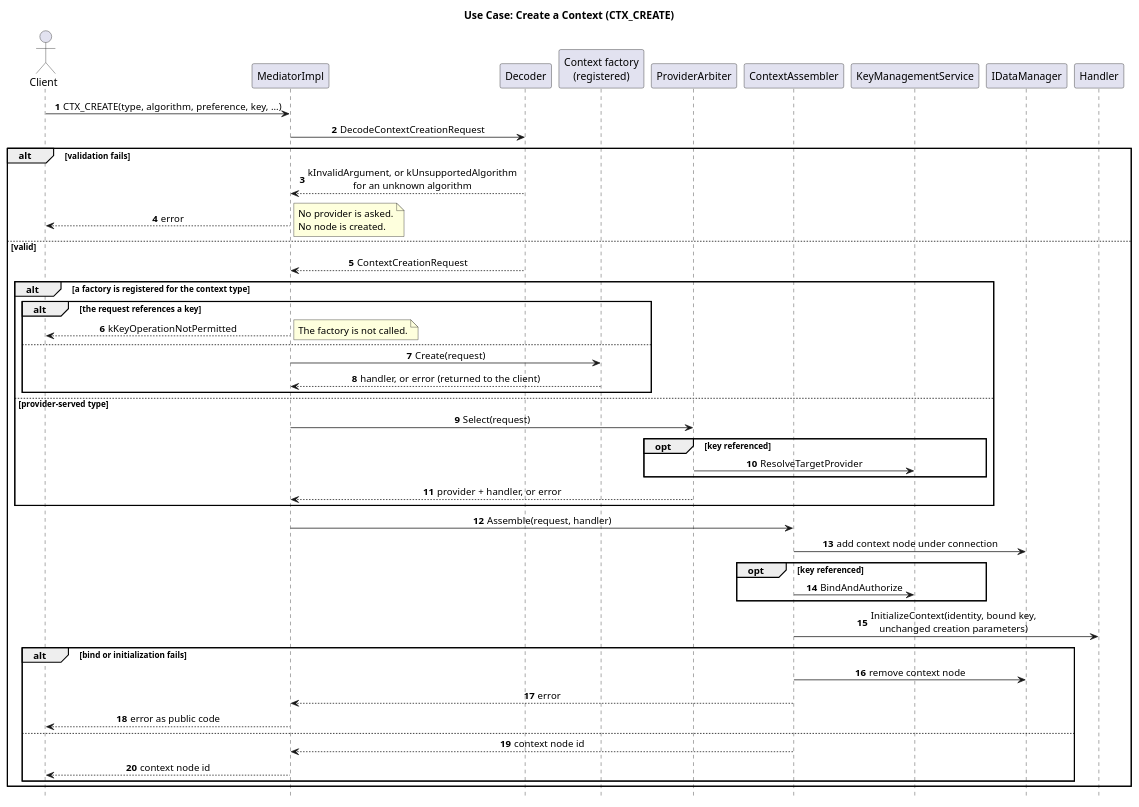
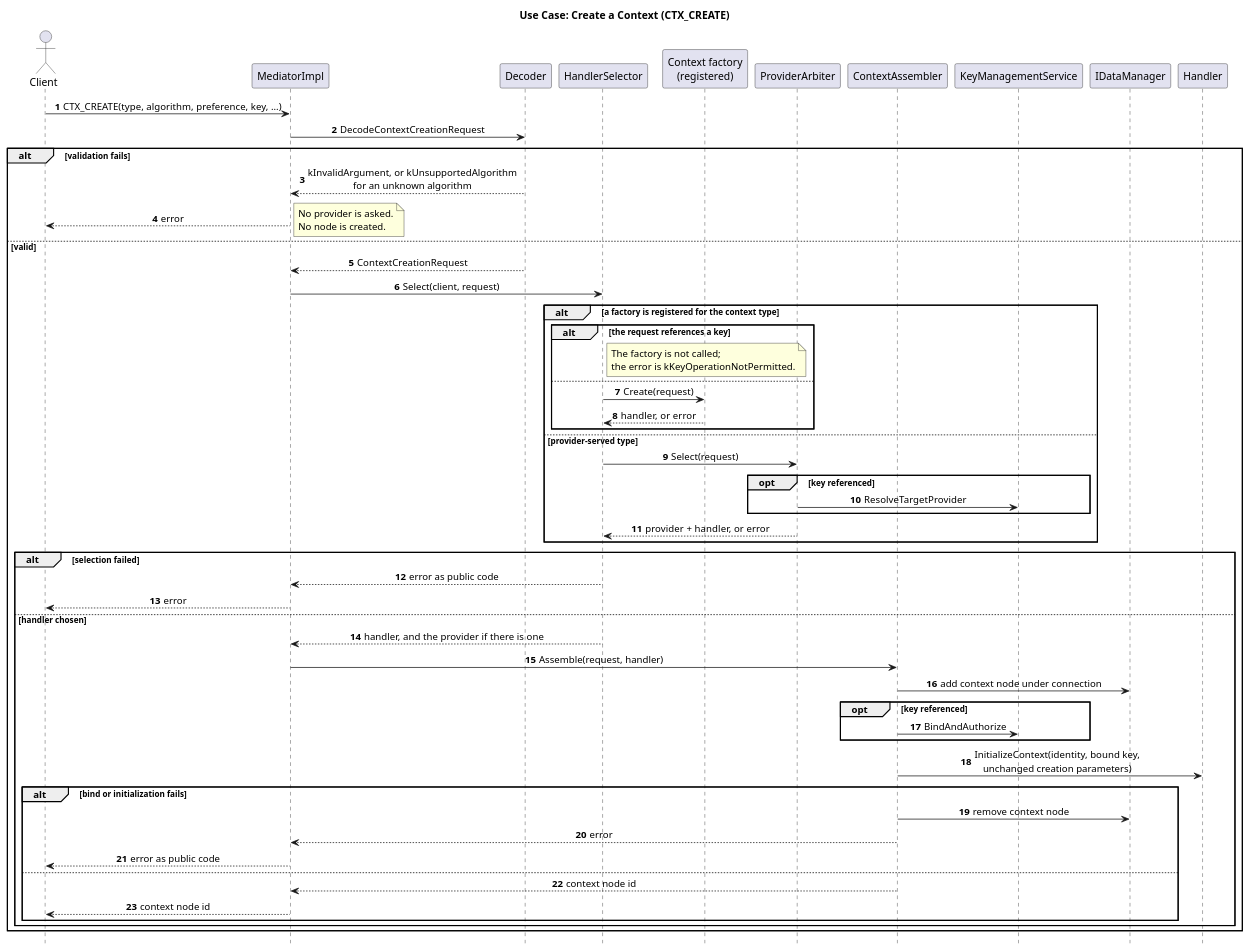
Before and after one commit to eclipse-score/crypto: the diagram in score/crypto/src/daemon/mediator/docs/detailed_design/uc_context_creation.puml, drawn with PlantUML. The commit also changed 14 other files, not shown here.

```diff
--- a/score/crypto/src/daemon/mediator/docs/detailed_design/uc_context_creation.puml
+++ b/score/crypto/src/daemon/mediator/docs/detailed_design/uc_context_creation.puml
@@ -14,57 +14,64 @@
 @startuml uc_context_creation
 title Use Case: Create a Context (CTX_CREATE)
 autonumber
 hide footbox
 skinparam shadowing false
 skinparam defaultFontName Arial
 skinparam sequenceMessageAlign center
 
 actor Client
 participant "MediatorImpl" as Mediator
 participant "Decoder" as Decoder
+participant "HandlerSelector" as Selector
 participant "Context factory\n(registered)" as Factory
 participant "ProviderArbiter" as Arbiter
 participant "ContextAssembler" as Assembler
 participant "KeyManagementService" as KeyMgmt
 participant "IDataManager" as DataMgr
 participant "Handler" as Handler
 
 Client -> Mediator : CTX_CREATE(type, algorithm, preference, key, ...)
 Mediator -> Decoder : DecodeContextCreationRequest
 alt validation fails
   Decoder --> Mediator : kInvalidArgument, or kUnsupportedAlgorithm\nfor an unknown algorithm
   Mediator --> Client : error
   note right: No provider is asked.\nNo node is created.
 else valid
   Decoder --> Mediator : ContextCreationRequest
+  Mediator -> Selector : Select(client, request)
   alt a factory is registered for the context type
     alt the request references a key
-      Mediator --> Client : kKeyOperationNotPermitted
-      note right: The factory is not called.
+      note right of Selector: The factory is not called;\nthe error is kKeyOperationNotPermitted.
     else
-      Mediator -> Factory : Create(request)
-      Factory --> Mediator : handler, or error (returned to the client)
+      Selector -> Factory : Create(request)
+      Factory --> Selector : handler, or error
     end
   else provider-served type
-    Mediator -> Arbiter : Select(request)
+    Selector -> Arbiter : Select(request)
     opt key referenced
       Arbiter -> KeyMgmt : ResolveTargetProvider
     end
-    Arbiter --> Mediator : provider + handler, or error
+    Arbiter --> Selector : provider + handler, or error
   end
-  Mediator -> Assembler : Assemble(request, handler)
-  Assembler -> DataMgr : add context node under connection
-  opt key referenced
-    Assembler -> KeyMgmt : BindAndAuthorize
-  end
-  Assembler -> Handler : InitializeContext(identity, bound key,\nunchanged creation parameters)
-  alt bind or initialization fails
-    Assembler -> DataMgr : remove context node
-    Assembler --> Mediator : error
-    Mediator --> Client : error as public code
-  else
-    Assembler --> Mediator : context node id
-    Mediator --> Client : context node id
+  alt selection failed
+    Selector --> Mediator : error as public code
+    Mediator --> Client : error
+  else handler chosen
+    Selector --> Mediator : handler, and the provider if there is one
+    Mediator -> Assembler : Assemble(request, handler)
+    Assembler -> DataMgr : add context node under connection
+    opt key referenced
+      Assembler -> KeyMgmt : BindAndAuthorize
+    end
+    Assembler -> Handler : InitializeContext(identity, bound key,\nunchanged creation parameters)
+    alt bind or initialization fails
+      Assembler -> DataMgr : remove context node
+      Assembler --> Mediator : error
+      Mediator --> Client : error as public code
+    else
+      Assembler --> Mediator : context node id
+      Mediator --> Client : context node id
+    end
   end
 end
 @enduml
```
